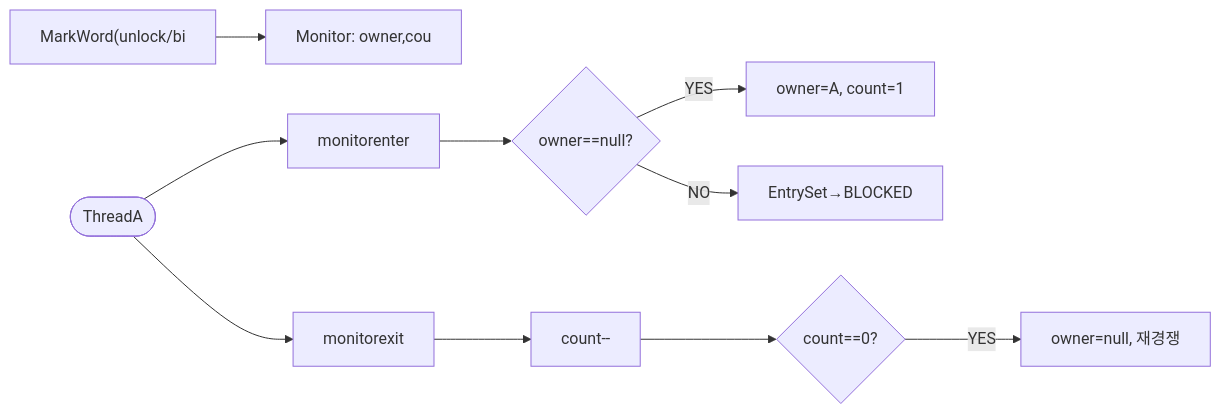
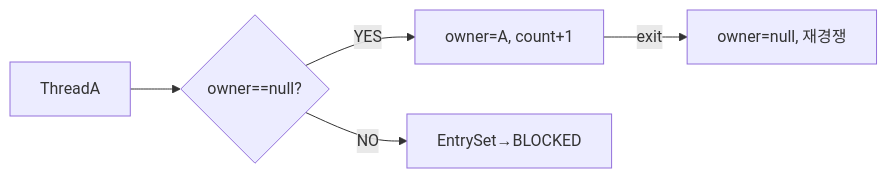
The fifth of 17 diagrams in _posts/java/2026-05-01-java-thread.md (yjkim2015/yjkim2015.github.io), drawn with Mermaid before and after one commit. The commit also changed other lines of this file and 163 other files, not shown here.

First line of the commit message:
Mermaid 300개 블록 내용 축소: 5노드 5엣지 이하, 의미 있는 약어

````diff
--- a/_posts/java/2026-05-01-java-thread.md
+++ b/_posts/java/2026-05-01-java-thread.md
@@ -337,12 +323,7 @@
 ```mermaid
 graph LR
-    MW["MarkWord(unlock/bi"] --> MON["Monitor: owner,cou"]
-    TA([ThreadA]) --> ME[monitorenter]
-    ME --> CHK{owner==null?}
-    CHK -->|YES| OWN["owner=A, count=1"]
+    TA["ThreadA"] --> CHK{"owner==null?"}
+    CHK -->|YES| OWN["owner=A, count+1"]
     CHK -->|NO| BLK["EntrySet→BLOCKED"]
-    TA --> MX[monitorexit]
-    MX --> DEC["count--"]
-    DEC --> CHK2{count==0?}
-    CHK2 -->|YES| REL["owner=null, 재경쟁"]
+    OWN -->|exit| REL["owner=null, 재경쟁"]
 ```
````
